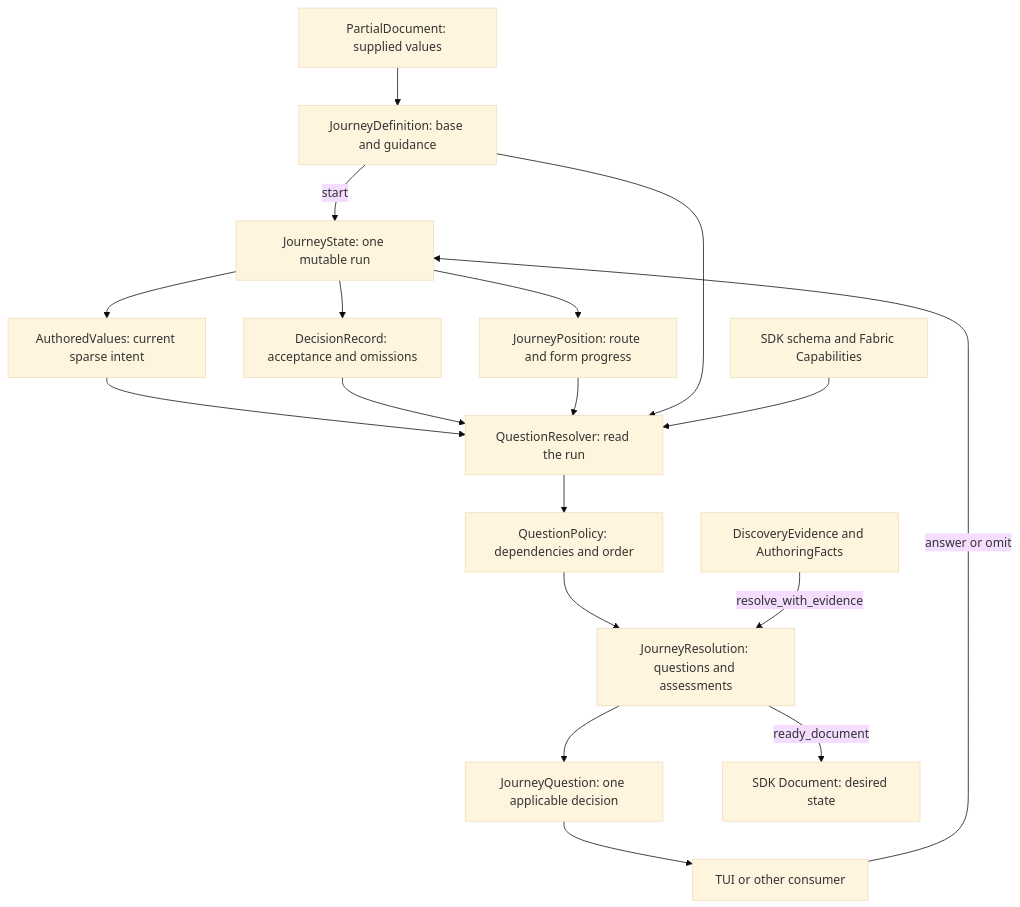
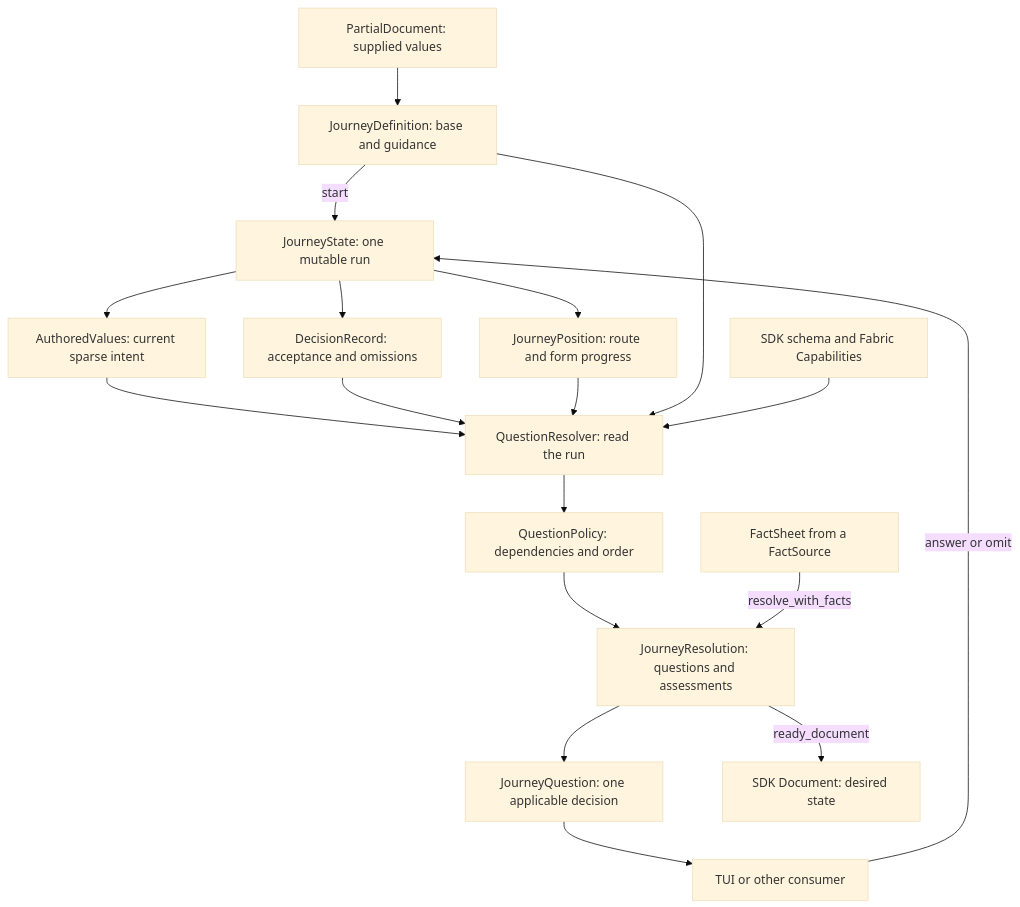
One commit to NVIDIA/NemoClaw changed the diagram in docs/design/authoring-domain.md. Above: the diagram before and after it, drawn with Mermaid (base theme). The commit also changed other lines of this file and 15 other files, not shown here.

````diff
--- a/docs/design/authoring-domain.md
+++ b/docs/design/authoring-domain.md
@@ -14,20 +14,20 @@
 ```mermaid
 flowchart TD
     Base[PartialDocument: supplied values] --> Definition[JourneyDefinition: base and guidance]
     Definition -->|start| State[JourneyState: one mutable run]
     State --> Values[AuthoredValues: current sparse intent]
     State --> Decisions[DecisionRecord: acceptance and omissions]
     State --> Position[JourneyPosition: route and form progress]
     Values --> Resolver[QuestionResolver: read the run]
     Decisions --> Resolver
     Position --> Resolver
     Definition --> Resolver
     Rules[SDK schema and Fabric Capabilities] --> Resolver
     Resolver --> Policy[QuestionPolicy: dependencies and order]
     Policy --> Result[JourneyResolution: questions and assessments]
-    Evidence[DiscoveryEvidence and AuthoringFacts] -->|resolve_with_evidence| Result
+    Facts[FactSheet from a FactSource] -->|resolve_with_facts| Result
     Result --> Question[JourneyQuestion: one applicable decision]
     Question --> UI[TUI or other consumer]
     UI -->|answer or omit| State
     Result -->|ready_document| Document[SDK Document: desired state]
 ```
````
